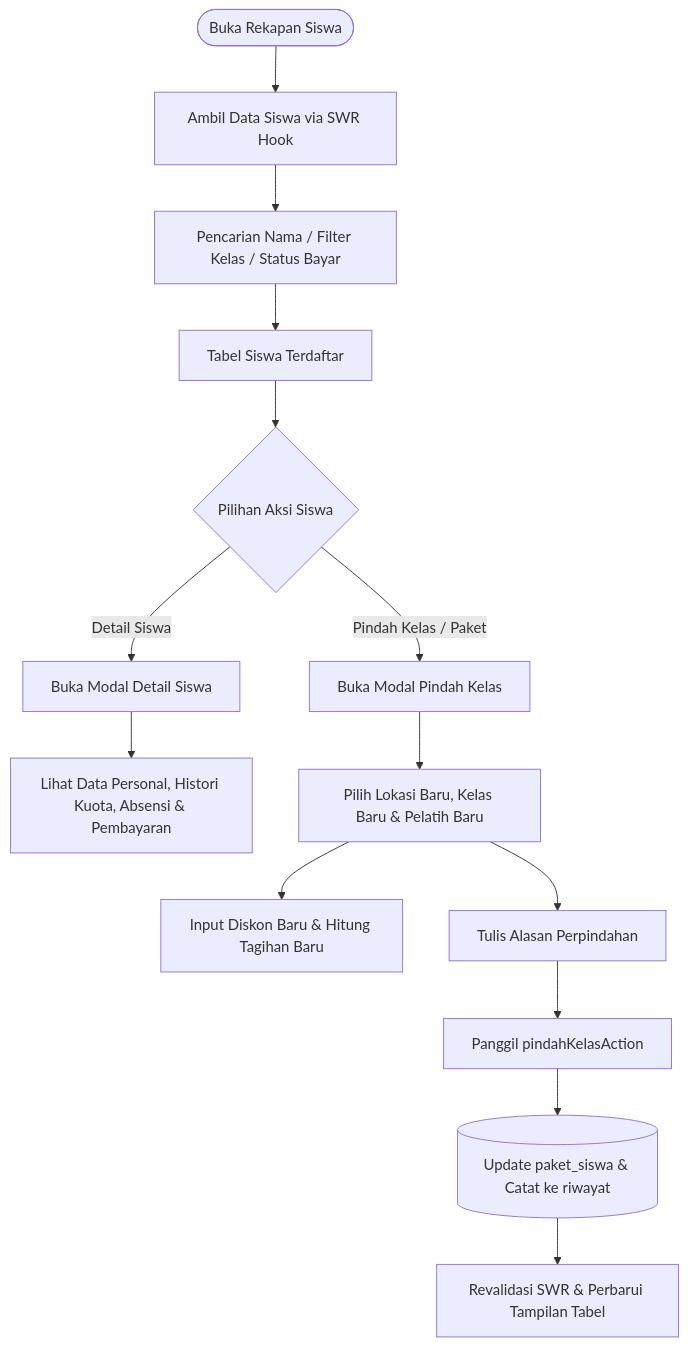
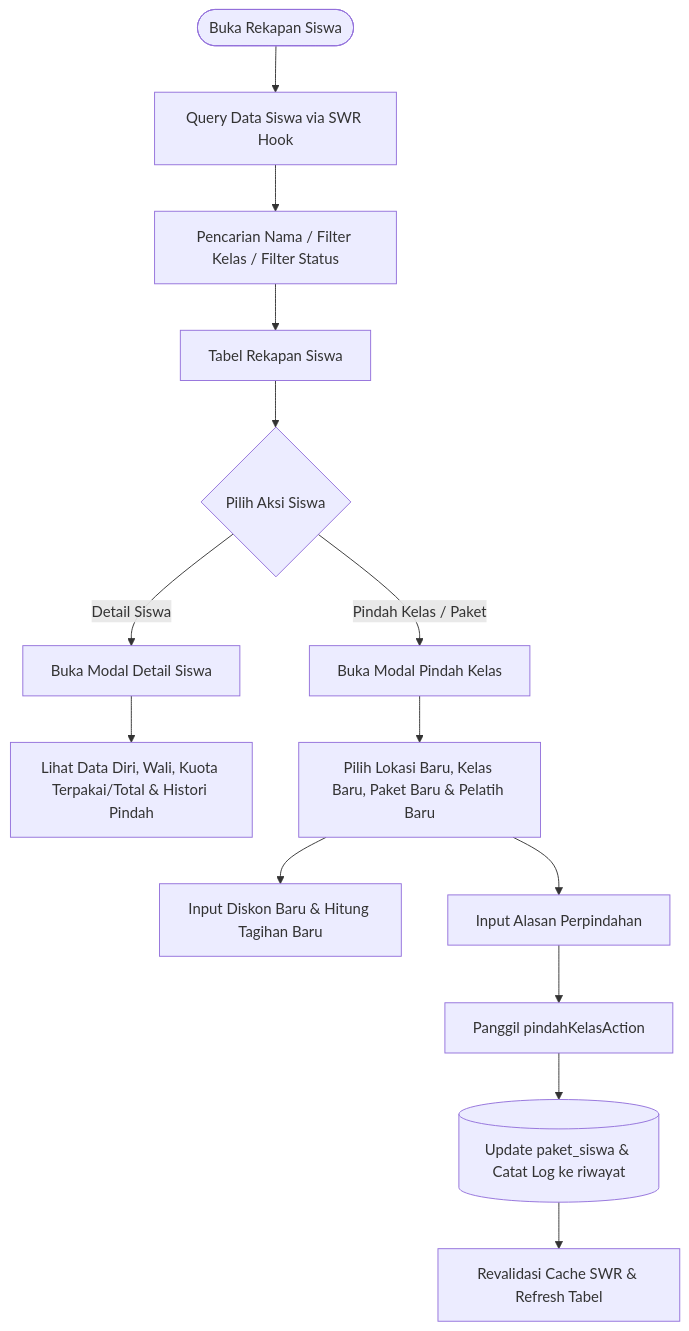
The fourth of 9 diagrams in README.md (skmirwn24-hub/Projek-Kesit), drawn with Mermaid before and after one commit. The commit also changed other lines of this file, not shown here.

Commit message:
docs: align flowcharts strictly with implemented features

````diff
--- a/README.md
+++ b/README.md
@@ -230,19 +242,19 @@
 ```mermaid
 flowchart TD
-    Start([Buka Rekapan Siswa]) --> FetchStudents[Ambil Data Siswa via SWR Hook]
-    FetchStudents --> FilterTable[Pencarian Nama / Filter Kelas / Status Bayar]
-    FilterTable --> StudentTable[Tabel Siswa Terdaftar]
+    Start([Buka Rekapan Siswa]) --> Fetch[Query Data Siswa via SWR Hook]
+    Fetch --> Filter[Pencarian Nama / Filter Kelas / Filter Status]
+    Filter --> Table[Tabel Rekapan Siswa]
     
-    StudentTable --> ChooseAction{Pilihan Aksi Siswa}
+    Table --> Action{Pilih Aksi Siswa}
     
-    ChooseAction -->|Detail Siswa| OpenDetailModal[Buka Modal Detail Siswa]
-    OpenDetailModal --> ViewDetails[Lihat Data Personal, Histori Kuota, Absensi & Pembayaran]
+    Action -->|Detail Siswa| DetailModal[Buka Modal Detail Siswa]
+    DetailModal --> ShowInfo[Lihat Data Diri, Wali, Kuota Terpakai/Total & Histori Pindah]
     
-    ChooseAction -->|Pindah Kelas / Paket| OpenMoveModal[Buka Modal Pindah Kelas]
-    OpenMoveModal --> InputMoveData[Pilih Lokasi Baru, Kelas Baru & Pelatih Baru]
-    InputMoveData --> InputMoveDisc[Input Diskon Baru & Hitung Tagihan Baru]
-    InputMoveData --> InputReason[Tulis Alasan Perpindahan]
+    Action -->|Pindah Kelas / Paket| MoveModal[Buka Modal Pindah Kelas]
+    MoveModal --> InputNewData[Pilih Lokasi Baru, Kelas Baru, Paket Baru & Pelatih Baru]
+    InputNewData --> InputNewDiscount[Input Diskon Baru & Hitung Tagihan Baru]
+    InputNewData --> InputReason[Input Alasan Perpindahan]
     InputReason --> SaveMove[Panggil pindahKelasAction]
-    SaveMove --> SaveMoveDB[(Update paket_siswa & Catat ke riwayat)]
-    SaveMoveDB --> MutateStudents[Revalidasi SWR & Perbarui Tampilan Tabel]
+    SaveMove --> SaveMoveDB[(Update paket_siswa & Catat Log ke riwayat)]
+    SaveMoveDB --> Mutate[Revalidasi Cache SWR & Refresh Tabel]
 ```
````
